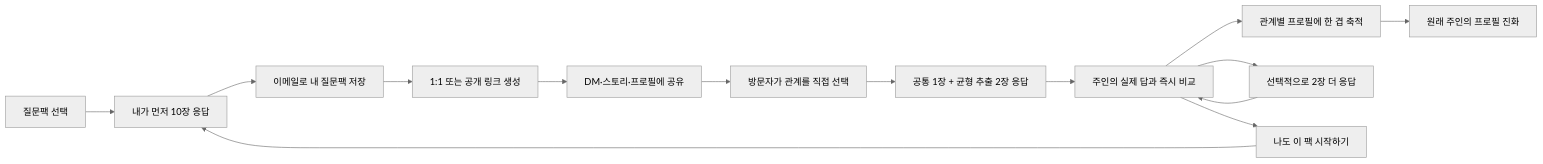
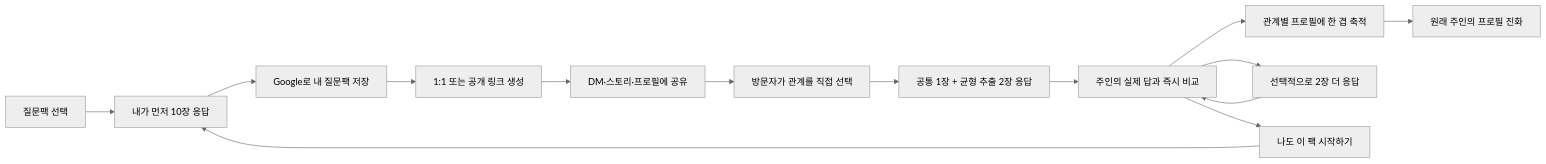
One commit to aroido/gyeop changed the diagram in docs/product/core-feature-priority.md. Above: the diagram before and after it, drawn with Mermaid (neutral theme). The commit also changed other lines of this file and 27 other files, not shown here.

````diff
--- a/docs/product/core-feature-priority.md
+++ b/docs/product/core-feature-priority.md
@@ -12,16 +12,16 @@
 ```mermaid
 flowchart LR
     A["질문팩 선택"] --> B["내가 먼저 10장 응답"]
-    B --> B2["이메일로 내 질문팩 저장"]
+    B --> B2["Google로 내 질문팩 저장"]
     B2 --> C["1:1 또는 공개 링크 생성"]
     C --> D["DM·스토리·프로필에 공유"]
     D --> E["방문자가 관계를 직접 선택"]
     E --> F["공통 1장 + 균형 추출 2장 응답"]
     F --> J["주인의 실제 답과 즉시 비교"]
     J --> G["관계별 프로필에 한 겹 축적"]
     J --> I["선택적으로 2장 더 응답"]
     I --> J
     J --> K["나도 이 팩 시작하기"]
     K --> B
     G --> H["원래 주인의 프로필 진화"]
 ```
````
